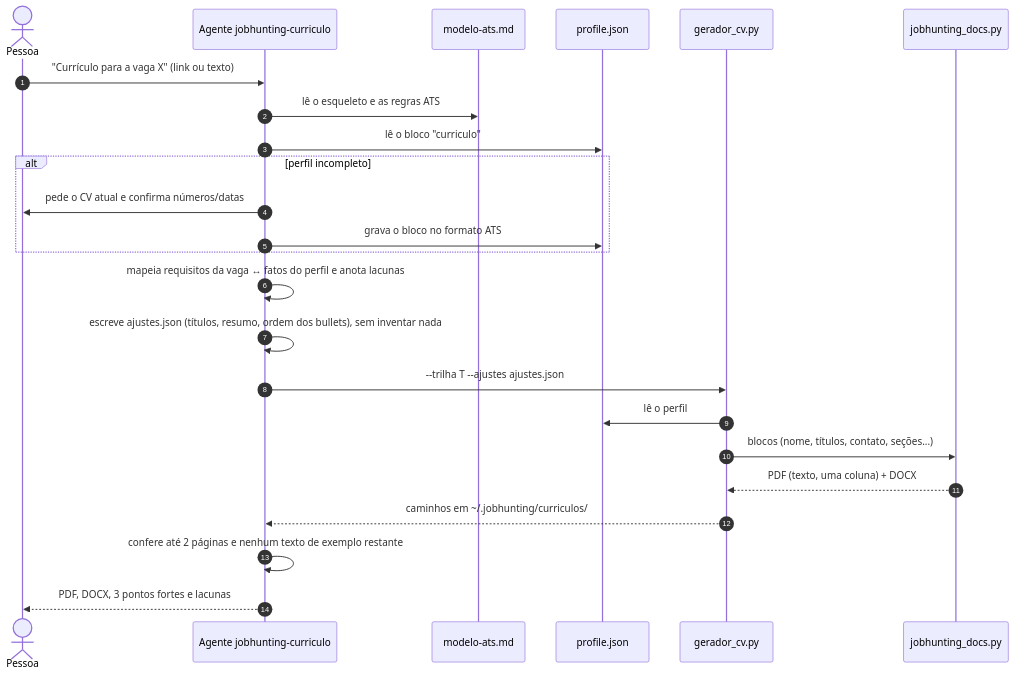
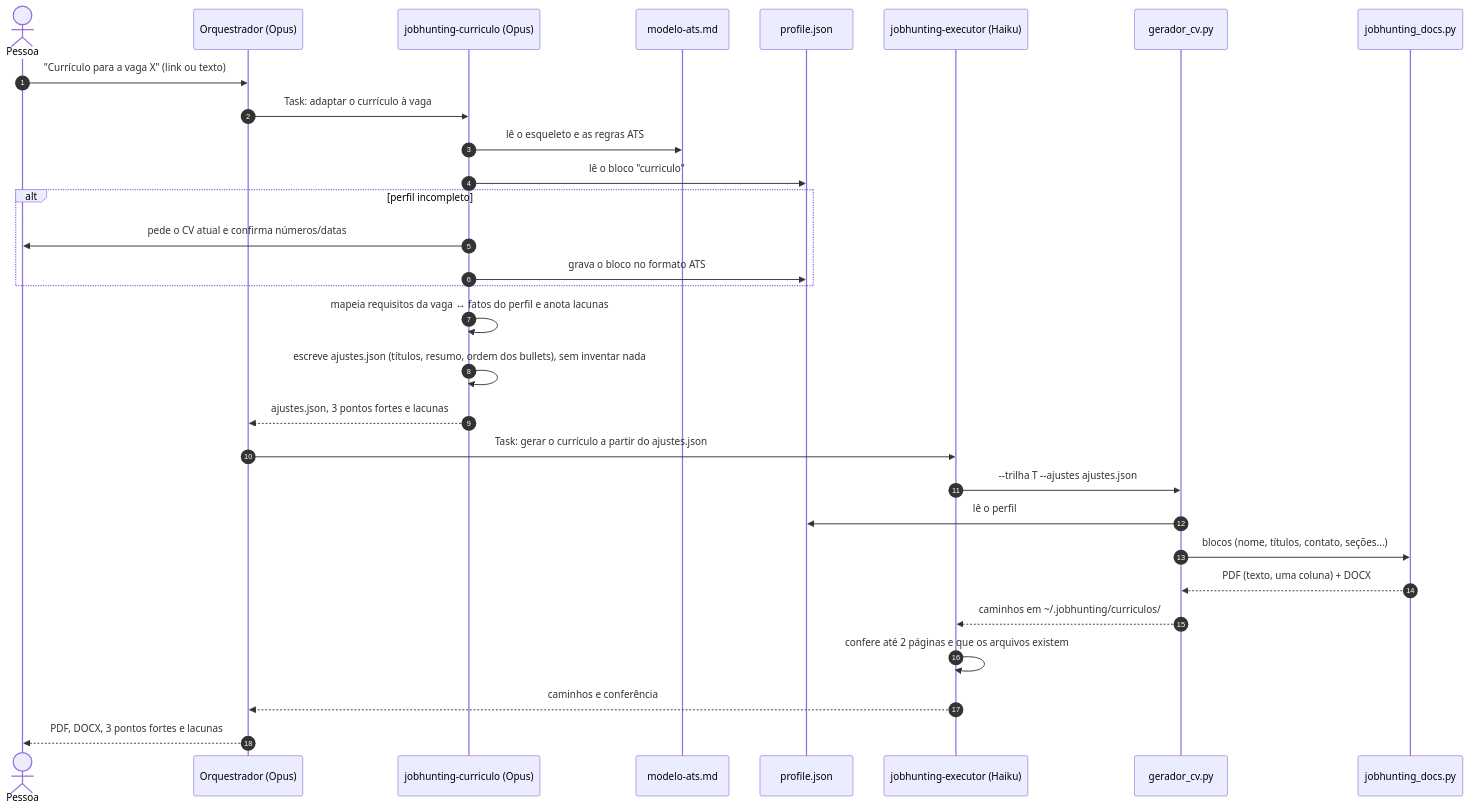
One commit to fajoao/JobHunting changed the third of 3 diagrams in docs/arquitetura.md. Above: the diagram before and after it, drawn with Mermaid. The commit also changed other lines of this file and 20 other files, not shown here.

First line of the commit message:
v0.6.0: Opus 5.5 para estratégia, Haiku 5.5 para execução

````diff
--- a/docs/arquitetura.md
+++ b/docs/arquitetura.md
@@ -111,26 +117,32 @@
 ```mermaid
 sequenceDiagram
     autonumber
     actor P as Pessoa
-    participant A as Agente jobhunting-curriculo
+    participant O as Orquestrador (Opus)
+    participant A as jobhunting-curriculo (Opus)
     participant M as modelo-ats.md
     participant F as profile.json
+    participant E as jobhunting-executor (Haiku)
     participant G as gerador_cv.py
     participant R as jobhunting_docs.py
-    P->>A: "Currículo para a vaga X" (link ou texto)
+    P->>O: "Currículo para a vaga X" (link ou texto)
+    O->>A: Task: adaptar o currículo à vaga
     A->>M: lê o esqueleto e as regras ATS
     A->>F: lê o bloco "curriculo"
     alt perfil incompleto
         A->>P: pede o CV atual e confirma números/datas
         A->>F: grava o bloco no formato ATS
     end
     A->>A: mapeia requisitos da vaga ↔ fatos do perfil e anota lacunas
     A->>A: escreve ajustes.json (títulos, resumo, ordem dos bullets), sem inventar nada
-    A->>G: --trilha T --ajustes ajustes.json
+    A-->>O: ajustes.json, 3 pontos fortes e lacunas
+    O->>E: Task: gerar o currículo a partir do ajustes.json
+    E->>G: --trilha T --ajustes ajustes.json
     G->>F: lê o perfil
     G->>R: blocos (nome, títulos, contato, seções...)
     R-->>G: PDF (texto, uma coluna) + DOCX
-    G-->>A: caminhos em ~/.jobhunting/curriculos/
-    A->>A: confere até 2 páginas e nenhum texto de exemplo restante
-    A-->>P: PDF, DOCX, 3 pontos fortes e lacunas
+    G-->>E: caminhos em ~/.jobhunting/curriculos/
+    E->>E: confere até 2 páginas e que os arquivos existem
+    E-->>O: caminhos e conferência
+    O-->>P: PDF, DOCX, 3 pontos fortes e lacunas
 ```
````
